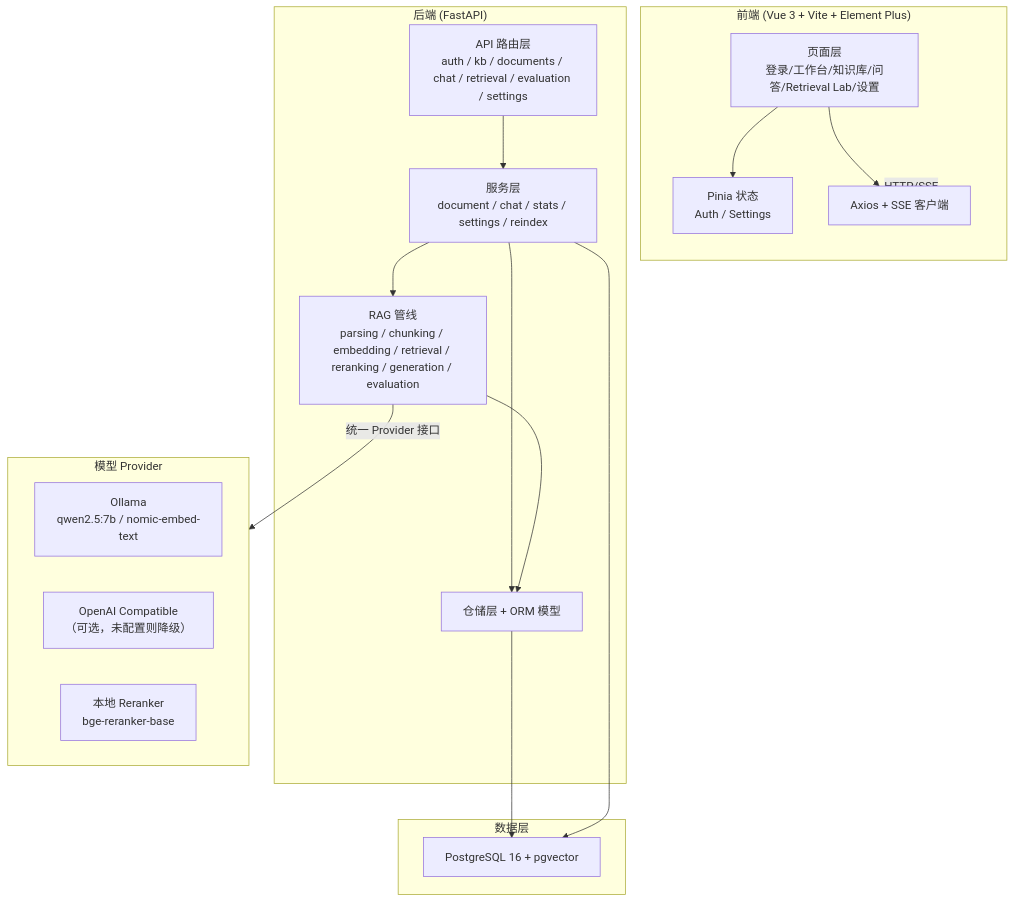
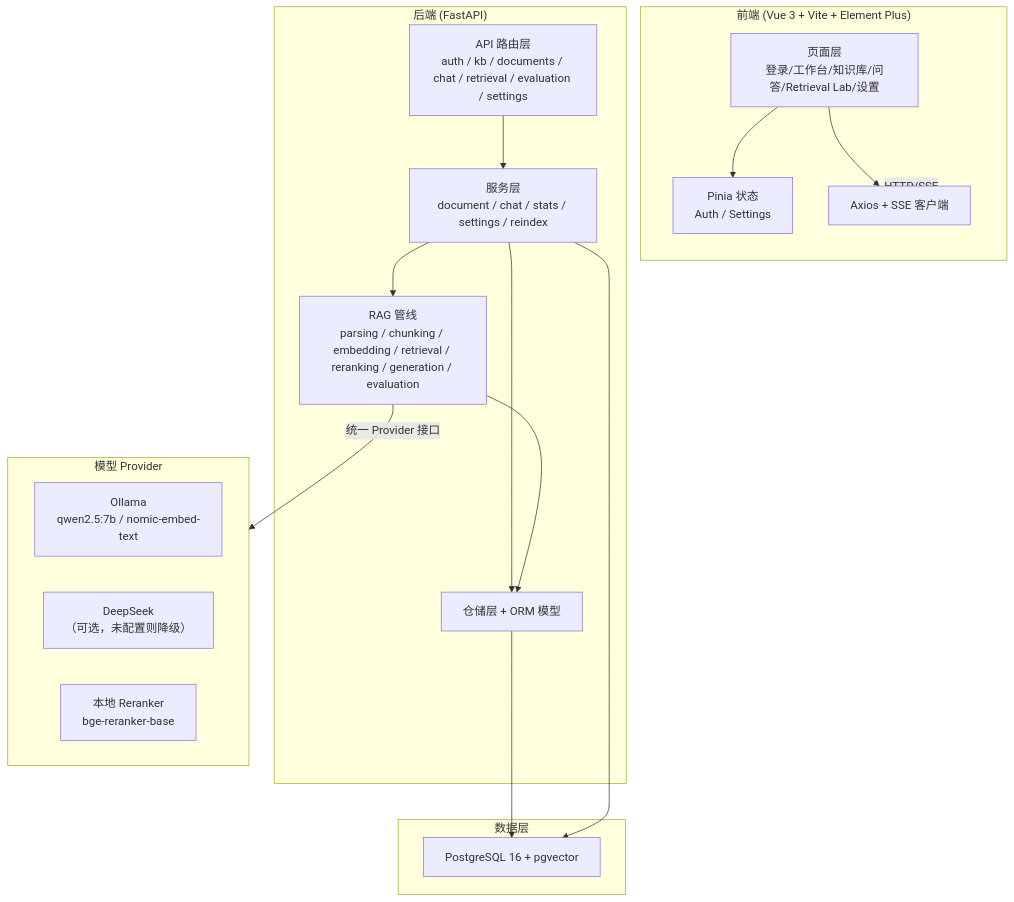
Before and after one commit to xiaoshuai0920-ux/insight-rag: the first of 2 diagrams in docs/architecture.md, drawn with Mermaid. The commit also changed other lines of this file and 10 other files, not shown here.

Commit message:
feat: add DeepSeek provider and fix evidence conflict detection

````diff
--- a/docs/architecture.md
+++ b/docs/architecture.md
@@ -9,36 +9,36 @@
 ```mermaid
 flowchart TB
     subgraph Frontend["前端 (Vue 3 + Vite + Element Plus)"]
         UI["页面层<br/>登录/工作台/知识库/问答/Retrieval Lab/设置"]
         Store["Pinia 状态<br/>Auth / Settings"]
         API["Axios + SSE 客户端"]
         UI --> Store
         UI --> API
     end
 
     subgraph Backend["后端 (FastAPI)"]
         Routes["API 路由层<br/>auth / kb / documents / chat / retrieval / evaluation / settings"]
         Services["服务层<br/>document / chat / stats / settings / reindex"]
         RAG["RAG 管线<br/>parsing / chunking / embedding / retrieval / reranking / generation / evaluation"]
         Repos["仓储层 + ORM 模型"]
         Routes --> Services
         Services --> RAG
         Services --> Repos
         RAG --> Repos
     end
 
     subgraph Providers["模型 Provider"]
         Ollama["Ollama<br/>qwen2.5:7b / nomic-embed-text"]
-        Cloud["OpenAI Compatible<br/>（可选，未配置则降级）"]
+        Cloud["DeepSeek<br/>（可选，未配置则降级）"]
         Rerank["本地 Reranker<br/>bge-reranker-base"]
     end
 
     subgraph Data["数据层"]
         PG["PostgreSQL 16 + pgvector"]
     end
 
     API -->|HTTP/SSE| Frontend
     RAG -->|统一 Provider 接口| Providers
     Repos --> PG
     Services --> PG
 ```
````
